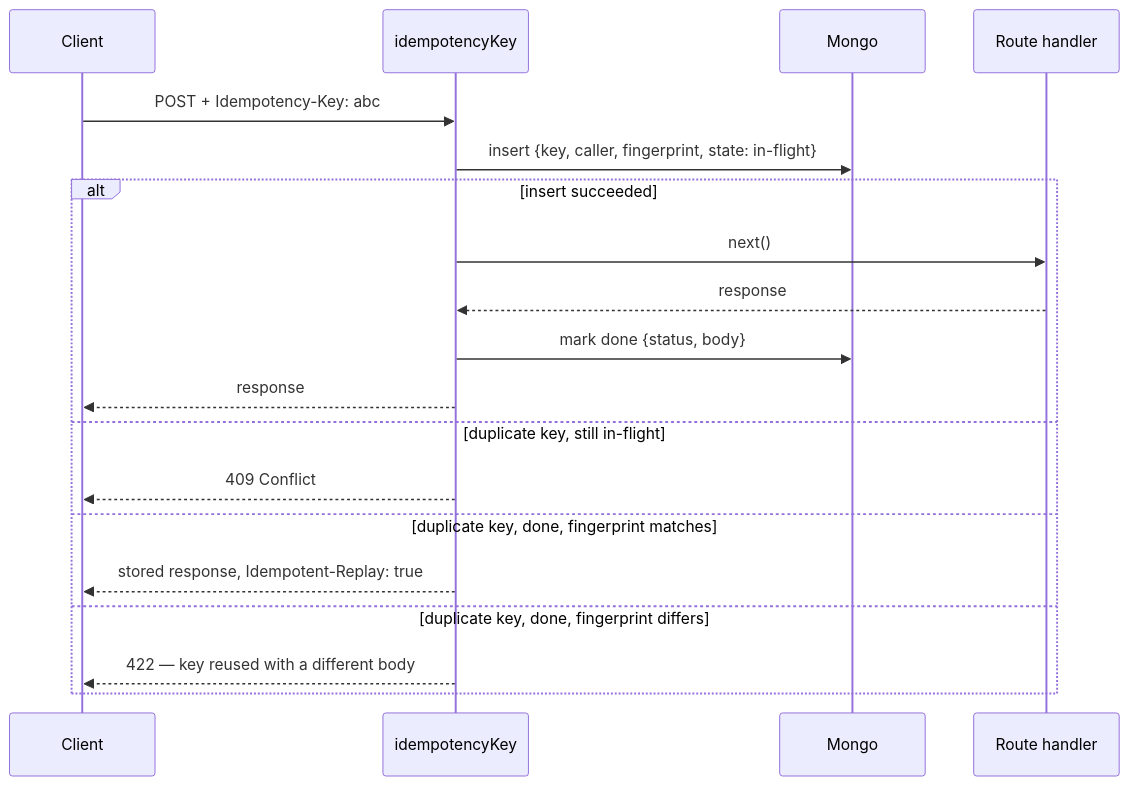
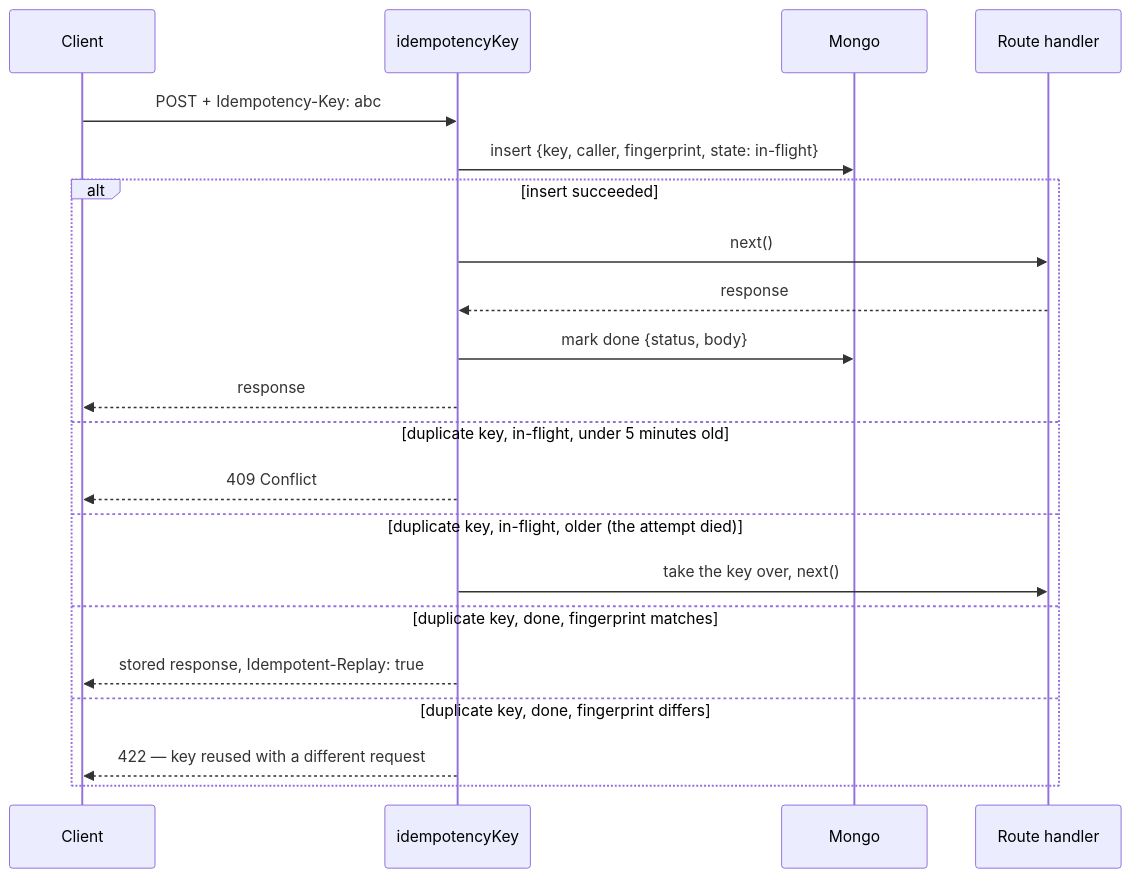
The diagram in docs/tools/idempotency.md (Guebbit/boilerplate-node-backend), drawn with Mermaid before and after one commit. The commit also changed other lines of this file and 2 other files, not shown here.

First line of the commit message:
fix(idempotency): fingerprint the concrete path and let a retry reclaim a dead attempt's key

````diff
--- a/docs/tools/idempotency.md
+++ b/docs/tools/idempotency.md
@@ -18,22 +18,24 @@
 ```mermaid
 sequenceDiagram
     participant Client
     participant Middleware as idempotencyKey
     participant Mongo
     participant Handler as Route handler
 
     Client->>Middleware: POST + Idempotency-Key: abc
     Middleware->>Mongo: insert {key, caller, fingerprint, state: in-flight}
     alt insert succeeded
         Middleware->>Handler: next()
         Handler-->>Middleware: response
         Middleware->>Mongo: mark done {status, body}
         Middleware-->>Client: response
-    else duplicate key, still in-flight
+    else duplicate key, in-flight, under 5 minutes old
         Middleware-->>Client: 409 Conflict
+    else duplicate key, in-flight, older (the attempt died)
+        Middleware->>Handler: take the key over, next()
     else duplicate key, done, fingerprint matches
         Middleware-->>Client: stored response, Idempotent-Replay: true
     else duplicate key, done, fingerprint differs
-        Middleware-->>Client: 422 — key reused with a different body
+        Middleware-->>Client: 422 — key reused with a different request
     end
 ```
````
